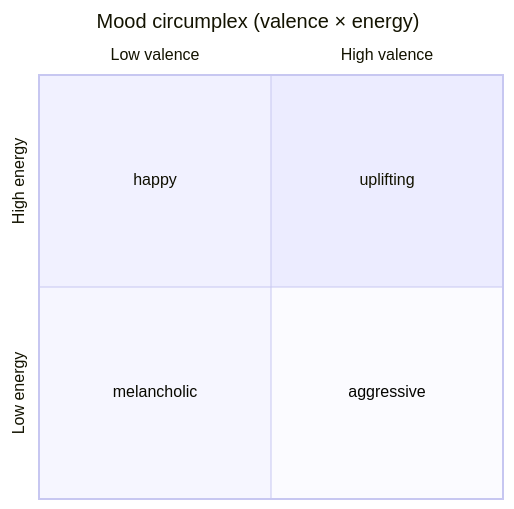
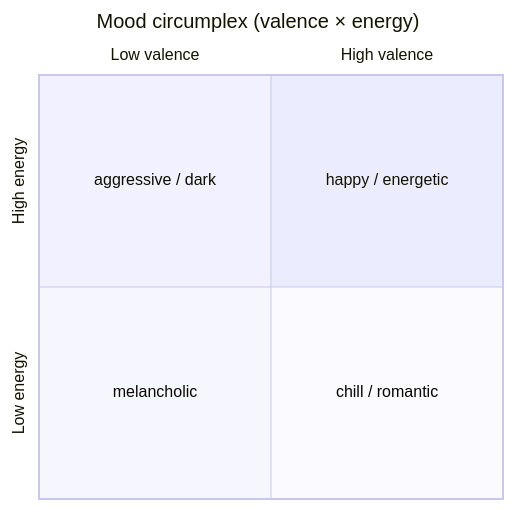
Before and after one commit to MayhemGOAT/mood_reader: the diagram in README.md, drawn with Mermaid.

Commit message:
Fix incorrect quadrant labels in README circumplex diagram
The Mermaid quadrantChart had three of four quadrant labels swapped.
Align labels with Russell's circumplex model and VIBE_ANCHORS in labels.py.

````diff
--- a/README.md
+++ b/README.md
@@ -48,10 +48,10 @@
 ```mermaid
 quadrantChart
     title Mood circumplex (valence × energy)
     x-axis Low valence --> High valence
     y-axis Low energy --> High energy
-    quadrant-1 uplifting
-    quadrant-2 happy
+    quadrant-1 happy / energetic
+    quadrant-2 aggressive / dark
     quadrant-3 melancholic
-    quadrant-4 aggressive
+    quadrant-4 chill / romantic
 ```
````
